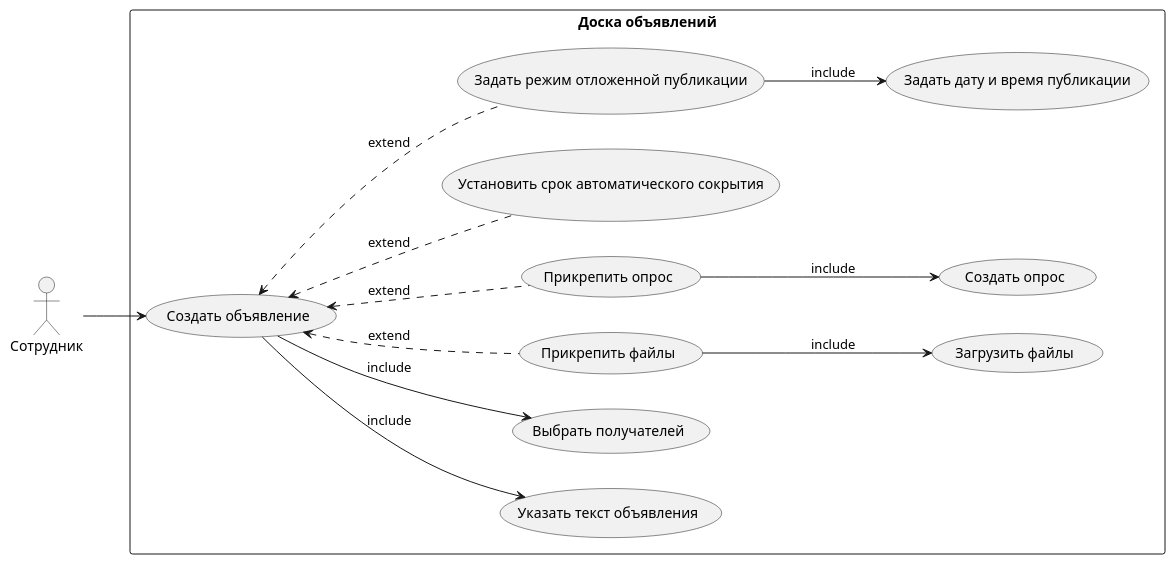
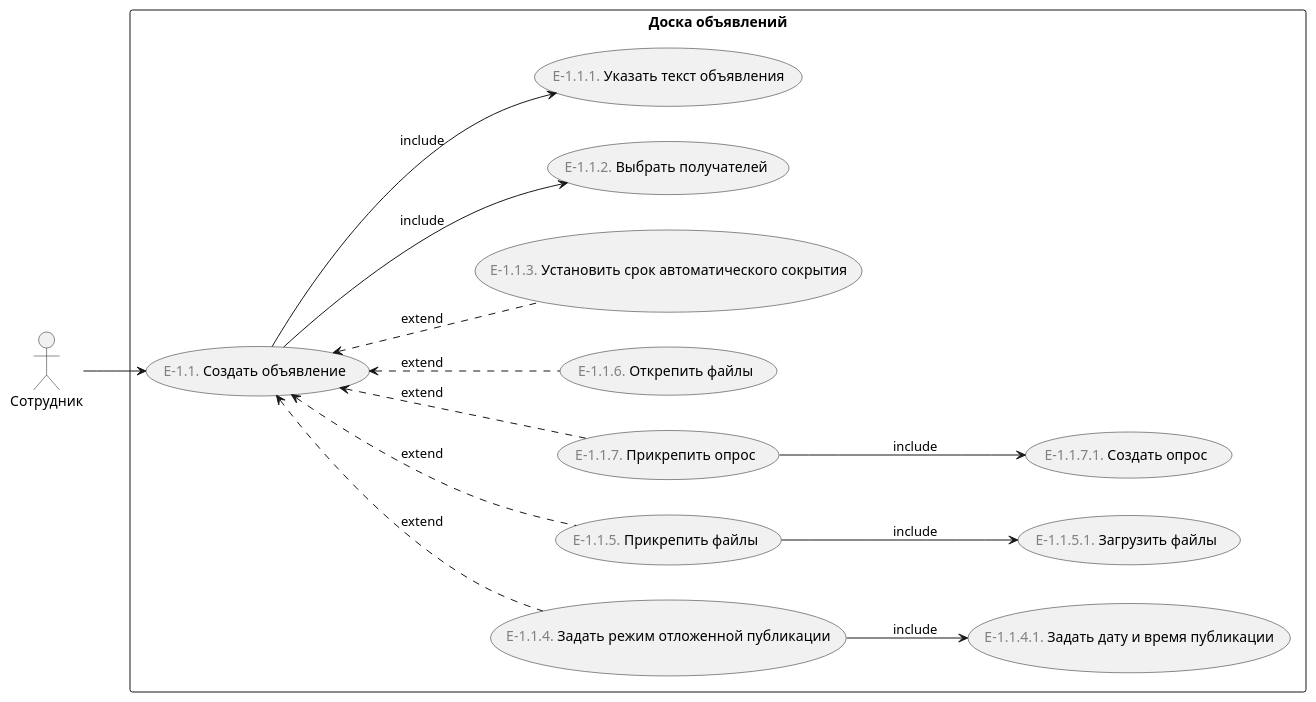
One commit to astu-app/ASTU-Bulletin-Board-Server changed the diagram in doc/Диаграммы/use case/create accouncement.puml. Above: the diagram before and after it, drawn with PlantUML. The commit also changed 10 other files, not shown here.

```diff
--- a/doc/Диаграммы/use case/create accouncement.puml
+++ b/doc/Диаграммы/use case/create accouncement.puml
@@ -1,23 +1,29 @@
 @startuml
 'https://plantuml.com/use-case-diagram
 
 left to right direction
 
 :Сотрудник: as employee
 
 rectangle "Доска объявлений" {
-    employee --> (Создать объявление)
+    (<font color="gray">E-1.1.</font> Создать объявление) as create_announcement
+    (<font color="gray">E-1.1.4.</font> Задать режим отложенной публикации) as make_delayed
+    (<font color="gray">E-1.1.5.</font> Прикрепить файлы) as add_files
+    (<font color="gray">E-1.1.7.</font> Прикрепить опрос) as add_survey
+
+    employee --> create_announcement
      
-    (Создать объявление) --> (Указать текст объявления) : include
-    (Создать объявление) --> (Выбрать получателей) : include
-    (Создать объявление) <.. (Прикрепить файлы) : extend
-    (Создать объявление) <.. (Прикрепить опрос) : extend
-    (Создать объявление) <.. (Установить срок автоматического сокрытия) : extend
-    (Создать объявление) <.. (Задать режим отложенной публикации) : extend
+    create_announcement <.. add_files : extend
+    create_announcement <.. add_survey : extend
+    create_announcement <.. (<font color="gray">E-1.1.6.</font> Открепить файлы) : extend
+    create_announcement <.. (<font color="gray">E-1.1.3.</font> Установить срок автоматического сокрытия) : extend
+    create_announcement <.. make_delayed : extend
+    create_announcement --> (<font color="gray">E-1.1.2.</font> Выбрать получателей) : include
+    create_announcement --> (<font color="gray">E-1.1.1.</font> Указать текст объявления) : include
     
-    (Прикрепить файлы) --> (Загрузить файлы) : include
-    (Прикрепить опрос) --> (Создать опрос) : include
+    add_files --> (<font color="gray">E-1.1.5.1.</font> Загрузить файлы) : include
+    add_survey --> (<font color="gray">E-1.1.7.1.</font> Создать опрос) : include
     
-    (Задать режим отложенной публикации) --> (Задать дату и время публикации) : include
+    make_delayed --> (<font color="gray">E-1.1.4.1.</font> Задать дату и время публикации) : include
 }
 @enduml
```
